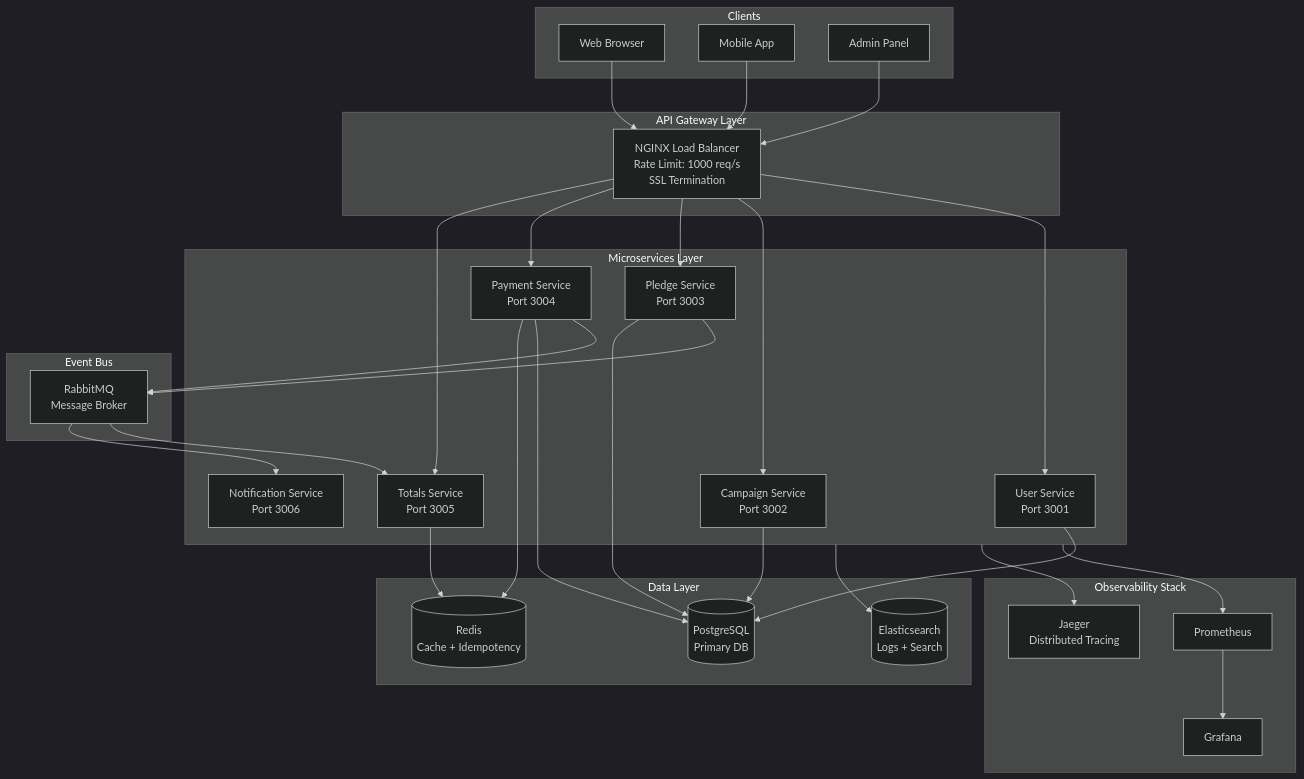
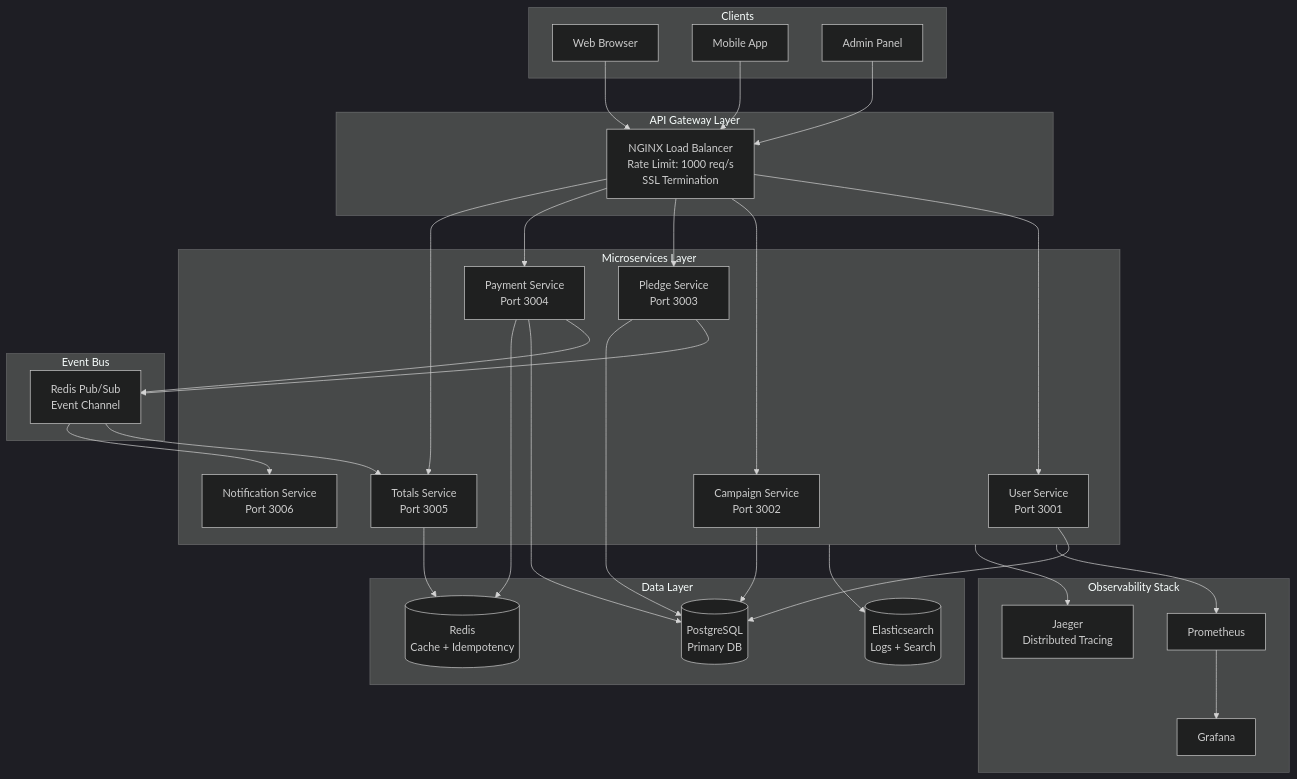
One commit to SM-Shaan/API_Hackathon_Innovatrix changed the first of 11 diagrams in docs/ARCHITECTURE_DIAGRAMS.md. Above: the diagram before and after it, drawn with Mermaid (dark theme). The commit also changed other lines of this file and 5 other files, not shown here.

First line of the commit message:
docs: add comprehensive architecture diagrams to README

````diff
--- a/docs/ARCHITECTURE_DIAGRAMS.md
+++ b/docs/ARCHITECTURE_DIAGRAMS.md
@@ -5,54 +5,54 @@
 ```mermaid
 flowchart TB
     subgraph Clients["Clients"]
         WEB[Web Browser]
         MOBILE[Mobile App]
         ADMIN[Admin Panel]
     end
 
     subgraph Gateway["API Gateway Layer"]
         NGINX[NGINX Load Balancer<br/>Rate Limit: 1000 req/s<br/>SSL Termination]
     end
 
     subgraph Services["Microservices Layer"]
         USER[User Service<br/>Port 3001]
         CAMPAIGN[Campaign Service<br/>Port 3002]
         PLEDGE[Pledge Service<br/>Port 3003]
         PAYMENT[Payment Service<br/>Port 3004]
         TOTALS[Totals Service<br/>Port 3005]
         NOTIF[Notification Service<br/>Port 3006]
     end
 
     subgraph Messaging["Event Bus"]
-        RABBIT[RabbitMQ<br/>Message Broker]
+        REDIS_PUB[Redis Pub/Sub<br/>Event Channel]
     end
 
     subgraph Data["Data Layer"]
         PG[(PostgreSQL<br/>Primary DB)]
         REDIS[(Redis<br/>Cache + Idempotency)]
         ES[(Elasticsearch<br/>Logs + Search)]
     end
 
     subgraph Observability["Observability Stack"]
         PROM[Prometheus]
         GRAF[Grafana]
         JAEGER[Jaeger<br/>Distributed Tracing]
     end
 
     WEB & MOBILE & ADMIN --> NGINX
     NGINX --> USER & CAMPAIGN & PLEDGE & PAYMENT & TOTALS
 
-    PLEDGE --> RABBIT
-    PAYMENT --> RABBIT
-    RABBIT --> TOTALS
-    RABBIT --> NOTIF
+    PLEDGE --> REDIS_PUB
+    PAYMENT --> REDIS_PUB
+    REDIS_PUB --> TOTALS
+    REDIS_PUB --> NOTIF
 
     USER & CAMPAIGN & PLEDGE & PAYMENT --> PG
     TOTALS --> REDIS
     PAYMENT --> REDIS
 
     Services --> PROM
     PROM --> GRAF
     Services --> JAEGER
     Services --> ES
 ```
````
